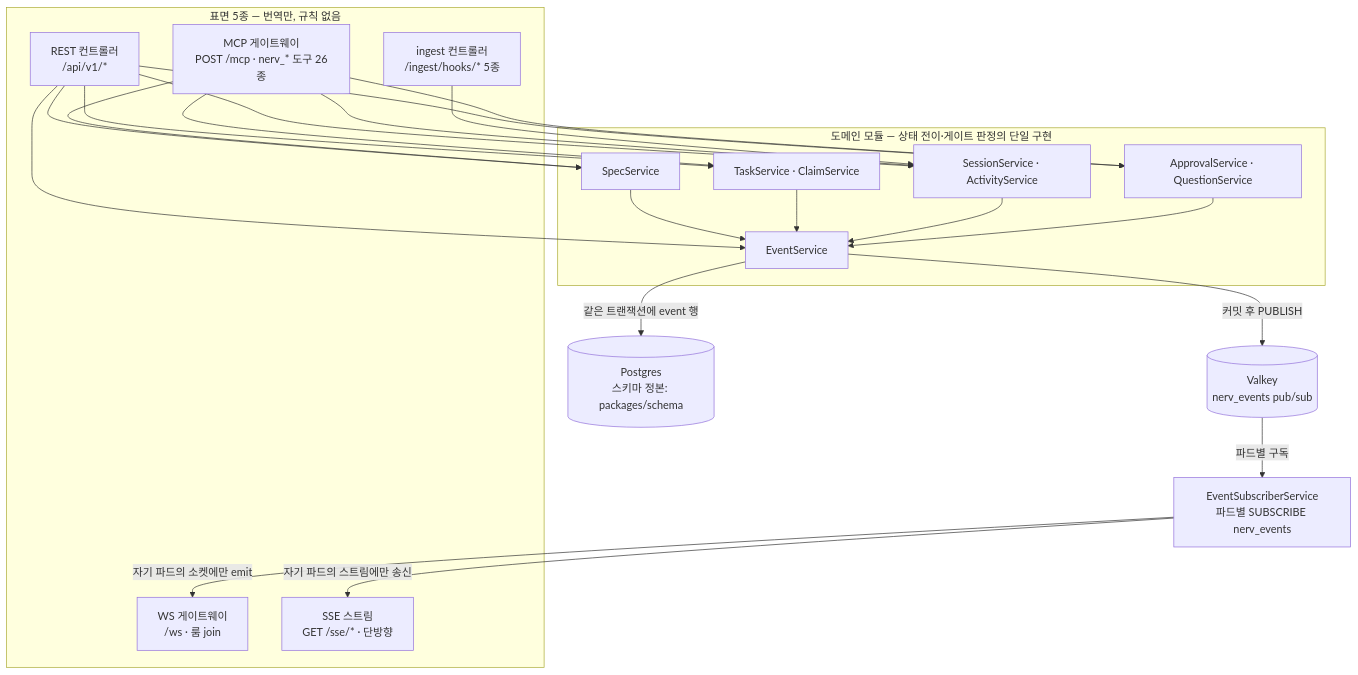
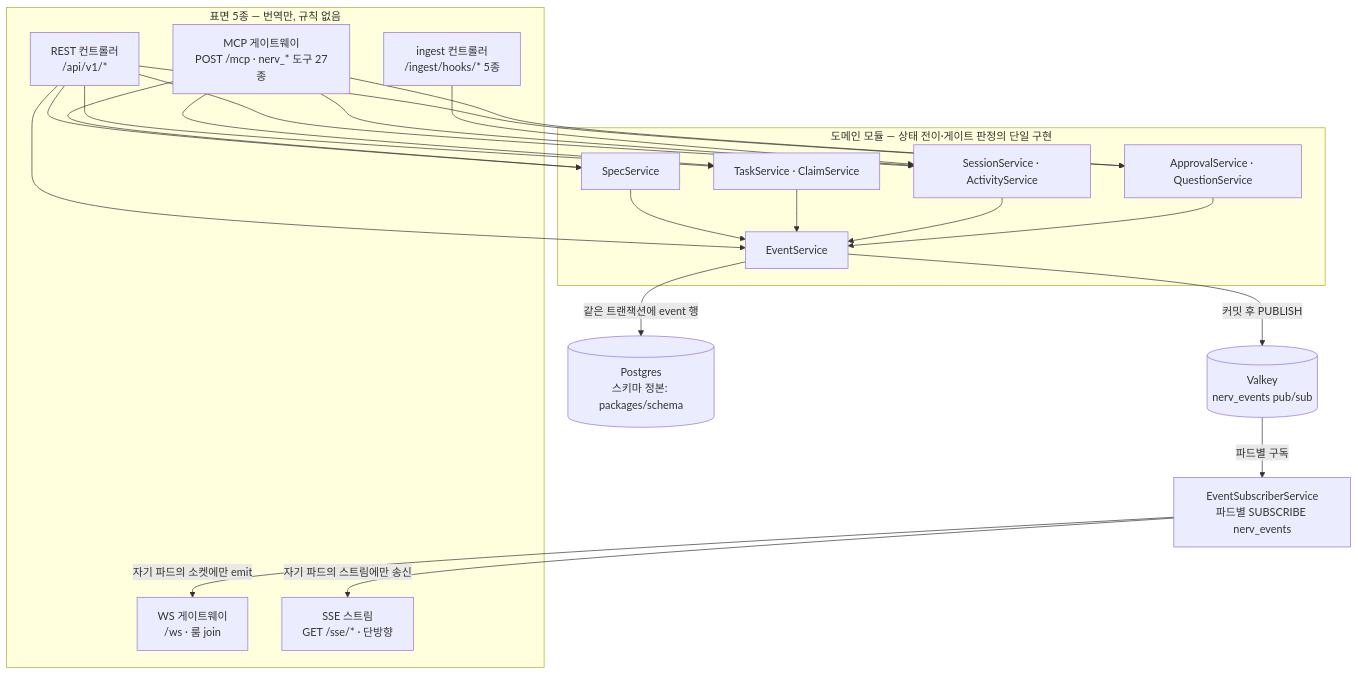
The diagram in docs/04-mvp/codebase.md (worker-ants/nerv), drawn with Mermaid before and after one commit. The commit also changed other lines of this file and 74 other files, not shown here.

First line of the commit message:
feat(api,web,schema,plugin): admin · planner가 초안을 바로 승인한다

````diff
--- a/docs/04-mvp/codebase.md
+++ b/docs/04-mvp/codebase.md
@@ -397,40 +399,40 @@
 ```mermaid
 flowchart TB
   subgraph SURF["표면 5종 — 번역만, 규칙 없음"]
     REST["REST 컨트롤러<br/>/api/v1/*"]
-    MCP["MCP 게이트웨이<br/>POST /mcp · nerv_* 도구 26종"]
+    MCP["MCP 게이트웨이<br/>POST /mcp · nerv_* 도구 27종"]
     WS["WS 게이트웨이<br/>/ws · 룸 join"]
     SSE["SSE 스트림<br/>GET /sse/* · 단방향"]
     ING["ingest 컨트롤러<br/>/ingest/hooks/* 5종"]
   end
   subgraph DOM["도메인 모듈 — 상태 전이·게이트 판정의 단일 구현"]
     SS["SpecService"]
     TS["TaskService · ClaimService"]
     SES["SessionService · ActivityService"]
     AP["ApprovalService · QuestionService"]
     EV["EventService"]
   end
   PG[("Postgres<br/>스키마 정본: packages/schema")]
   VK[("Valkey<br/>nerv_events pub/sub")]
   SUB["EventSubscriberService<br/>파드별 SUBSCRIBE nerv_events"]
 
   REST --> SS
   REST --> TS
   REST --> SES
   REST --> AP
   REST --> EV
   MCP --> SS
   MCP --> TS
   MCP --> SES
   MCP --> AP
   ING --> SES
   SS --> EV
   TS --> EV
   SES --> EV
   AP --> EV
   EV -->|"같은 트랜잭션에 event 행"| PG
   EV -->|"커밋 후 PUBLISH"| VK
   VK -->|"파드별 구독"| SUB
   SUB -->|"자기 파드의 소켓에만 emit"| WS
   SUB -->|"자기 파드의 스트림에만 송신"| SSE
 ```
````
